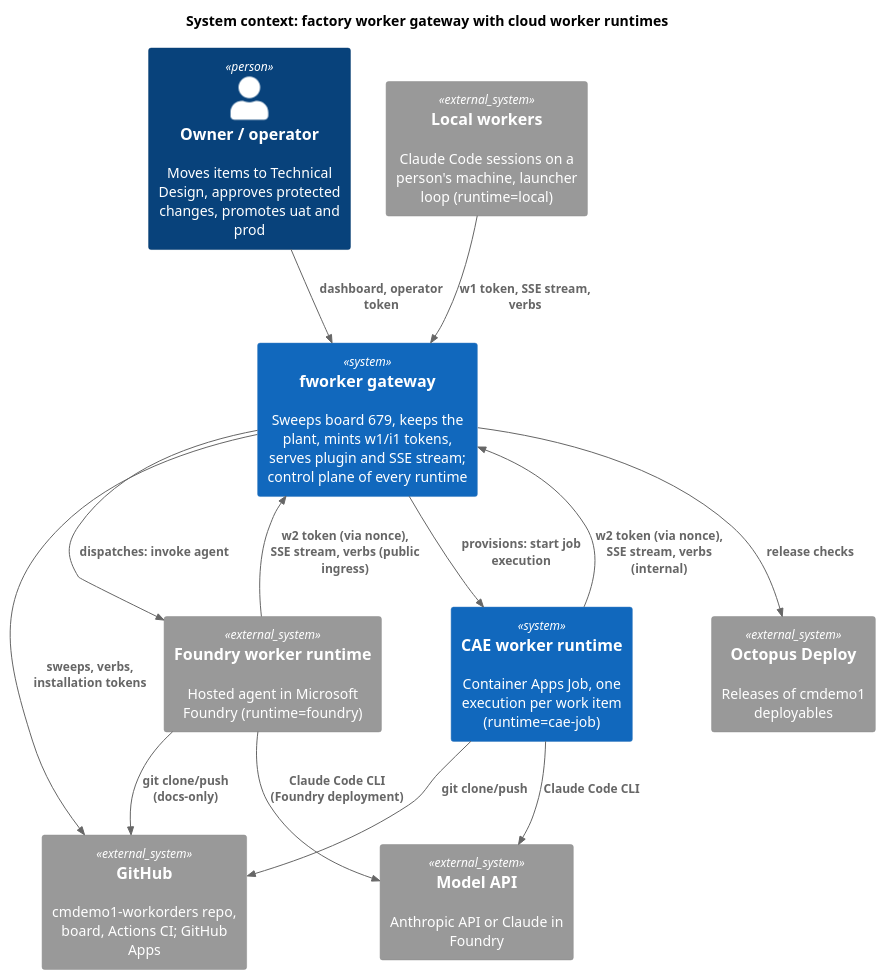
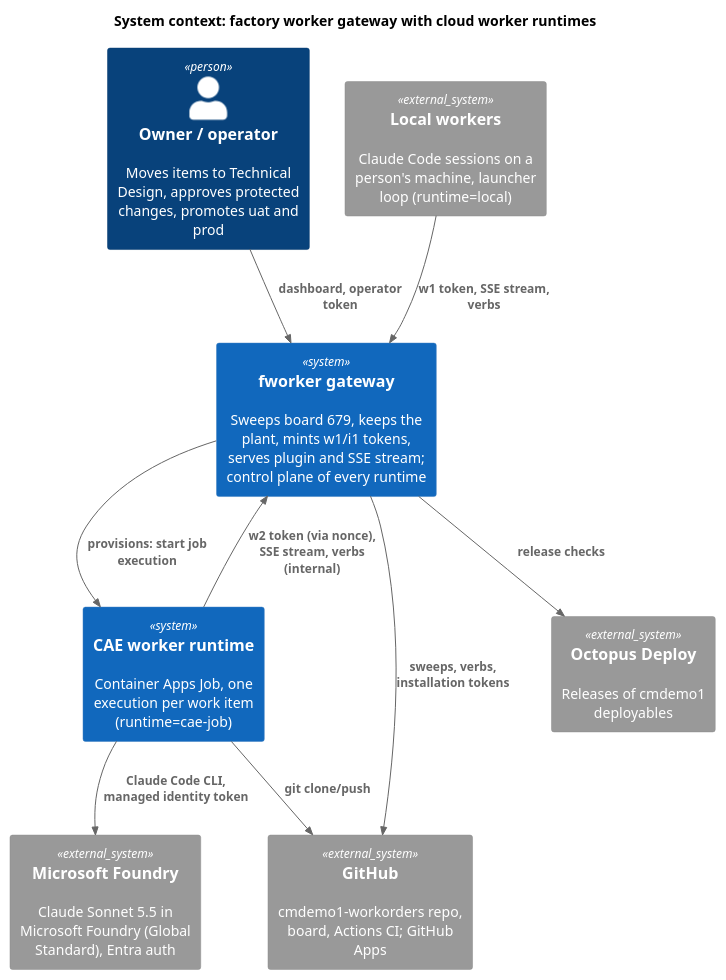
The diagram in docs/design/diagrams/cwr-context.puml (clearmeasure-aisf-sample-apps/cmdemo1-fworker), drawn with PlantUML before and after one commit. The commit also changed 6 other files, not shown here.

First line of the commit message:
docs: cloud worker runtimes, drop Foundry hosted agent, Claude Sonnet 5.5 in Foundry for the job runtime

```diff
--- a/docs/design/diagrams/cwr-context.puml
+++ b/docs/design/diagrams/cwr-context.puml
@@ -1,24 +1,19 @@
 @startuml cwr-context
 !include <C4/C4_Context>
 title System context: factory worker gateway with cloud worker runtimes
 Person(owner, "Owner / operator", "Moves items to Technical Design, approves protected changes, promotes uat and prod")
 System(fworker, "fworker gateway", "Sweeps board 679, keeps the plant, mints w1/i1 tokens, serves plugin and SSE stream; control plane of every runtime")
 System_Ext(local, "Local workers", "Claude Code sessions on a person's machine, launcher loop (runtime=local)")
 System(cae, "CAE worker runtime", "Container Apps Job, one execution per work item (runtime=cae-job)")
-System_Ext(foundry, "Foundry worker runtime", "Hosted agent in Microsoft Foundry (runtime=foundry)")
 System_Ext(gh, "GitHub", "cmdemo1-workorders repo, board, Actions CI; GitHub Apps")
-System_Ext(model, "Model API", "Anthropic API or Claude in Foundry")
+System_Ext(model, "Microsoft Foundry", "Claude Sonnet 5.5 in Microsoft Foundry (Global Standard), Entra auth")
 System_Ext(octo, "Octopus Deploy", "Releases of cmdemo1 deployables")
 Rel(owner, fworker, "dashboard, operator token")
 Rel(fworker, gh, "sweeps, verbs, installation tokens")
 Rel(fworker, cae, "provisions: start job execution")
-Rel(fworker, foundry, "dispatches: invoke agent")
 Rel(local, fworker, "w1 token, SSE stream, verbs")
 Rel(cae, fworker, "w2 token (via nonce), SSE stream, verbs (internal)")
-Rel(foundry, fworker, "w2 token (via nonce), SSE stream, verbs (public ingress)")
 Rel(cae, gh, "git clone/push")
-Rel(foundry, gh, "git clone/push (docs-only)")
-Rel(cae, model, "Claude Code CLI")
-Rel(foundry, model, "Claude Code CLI (Foundry deployment)")
+Rel(cae, model, "Claude Code CLI, managed identity token")
 Rel(fworker, octo, "release checks")
 @enduml
```
